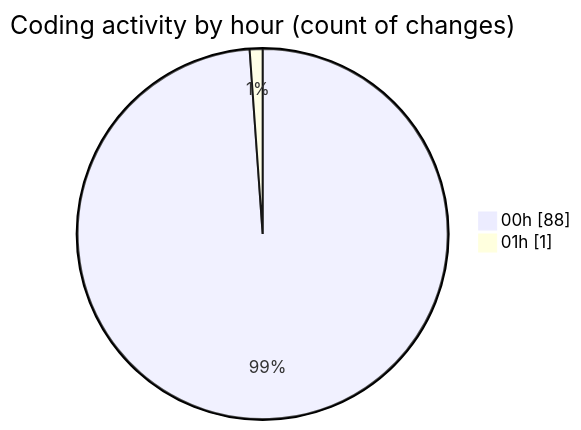
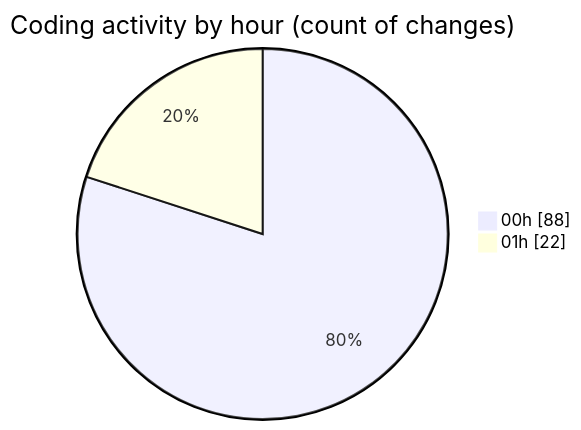
The second of 2 diagrams in 2025-08-16/rentotp/README.md (lephambinh05/code-tracking), drawn with Mermaid before and after one commit. The commit also changed other lines of this file and 1 other file, not shown here.

````diff
--- a/2025-08-16/rentotp/README.md
+++ b/2025-08-16/rentotp/README.md
@@ -46,6 +46,6 @@
 ```mermaid
 pie showData
 title Coding activity by hour (count of changes)
 "00h" : 88
-"01h" : 1
+"01h" : 22
 ```
````
